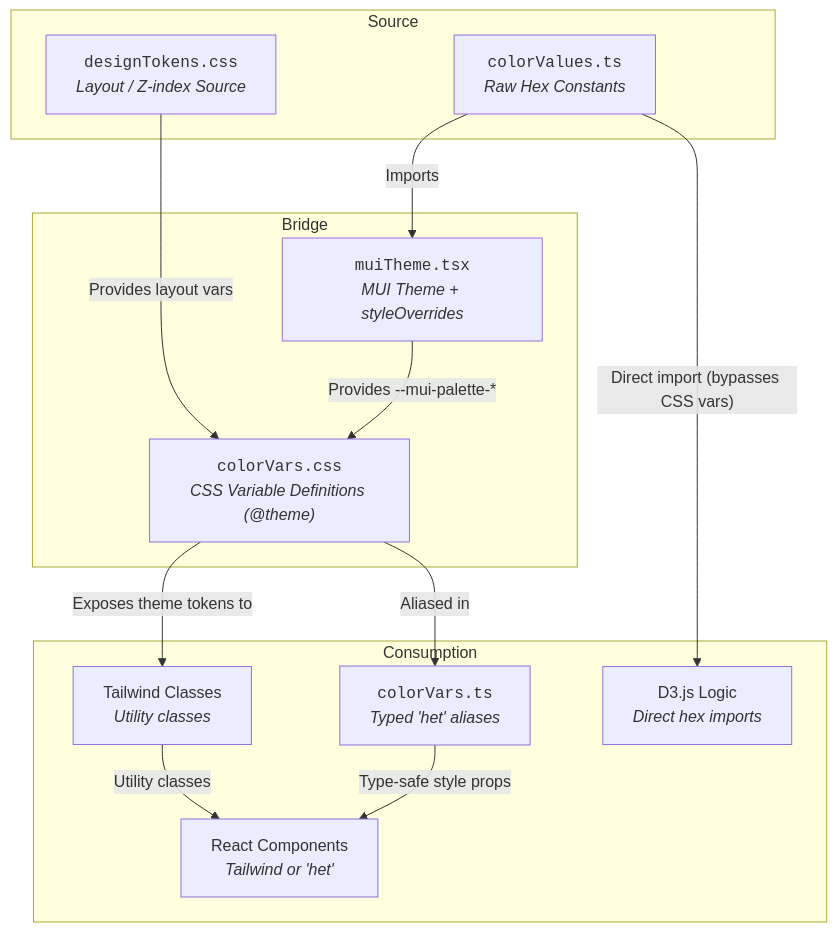
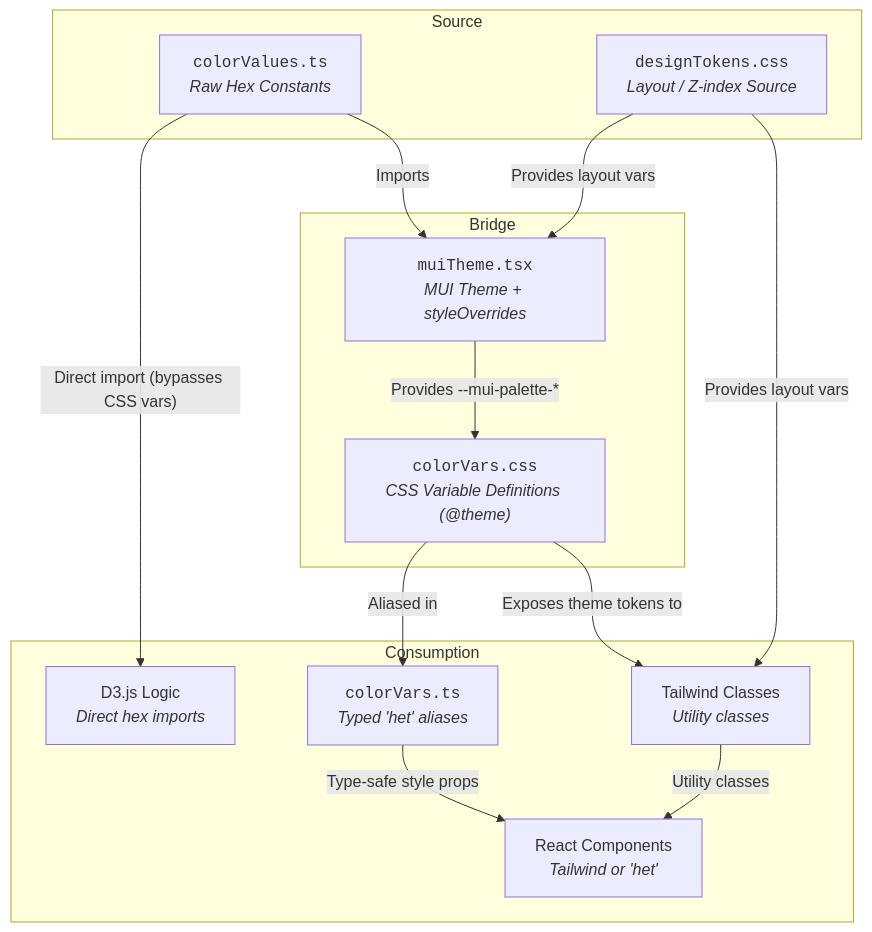
One commit to SatcherInstitute/health-equity-tracker changed the diagram in README.md. Above: the diagram before and after it, drawn with Mermaid.

````diff
--- a/README.md
+++ b/README.md
@@ -268,34 +268,35 @@
 ```mermaid
 flowchart TD
     %% Source Layer
     subgraph Source
         HEX["<code>colorValues.ts</code><br/><i>Raw Hex Constants</i>"]
         DESIGN["<code>designTokens.css</code><br/><i>Layout / Z-index Source</i>"]
     end
 
     %% Bridge Layer
     subgraph Bridge
         MUI_T["<code>muiTheme.tsx</code><br/><i>MUI Theme + styleOverrides</i>"]
         CV_CSS["<code>colorVars.css</code><br/><i>CSS Variable Definitions (@theme)</i>"]
     end
 
     %% Consumption Layer
     subgraph Consumption
         TW["Tailwind Classes<br/><i>Utility classes</i>"]
         CV_TS["<code>colorVars.ts</code><br/><i>Typed 'het' aliases</i>"]
         D3["D3.js Logic<br/><i>Direct hex imports</i>"]
         REACT["React Components<br/><i>Tailwind or 'het'</i>"]
     end
 
     HEX -->|"Imports"| MUI_T
     HEX -->|"Direct import (bypasses CSS vars)"| D3
 
     MUI_T -->|"Provides --mui-palette-*"| CV_CSS
-    DESIGN -->|"Provides layout vars"| CV_CSS
+    DESIGN -->|"Provides layout vars"| TW
+    DESIGN -->|"Provides layout vars"| MUI_T
 
     CV_CSS -->|"Exposes theme tokens to"| TW
     CV_CSS -->|"Aliased in"| CV_TS
 
     CV_TS -->|"Type-safe style props"| REACT
     TW -->|"Utility classes"| REACT
 ```
````
